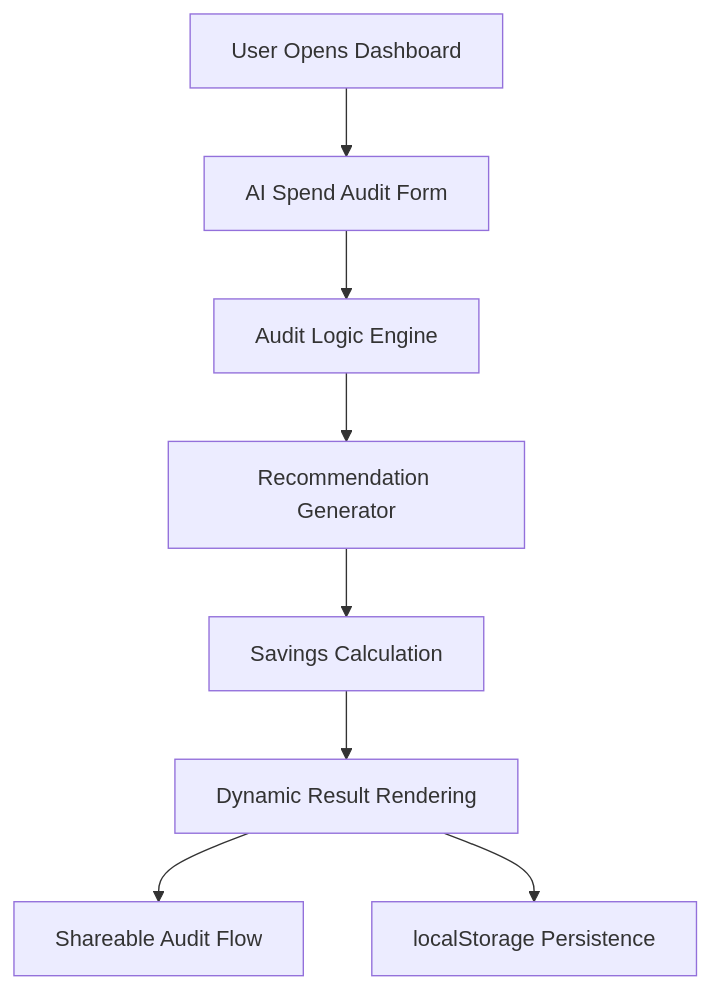
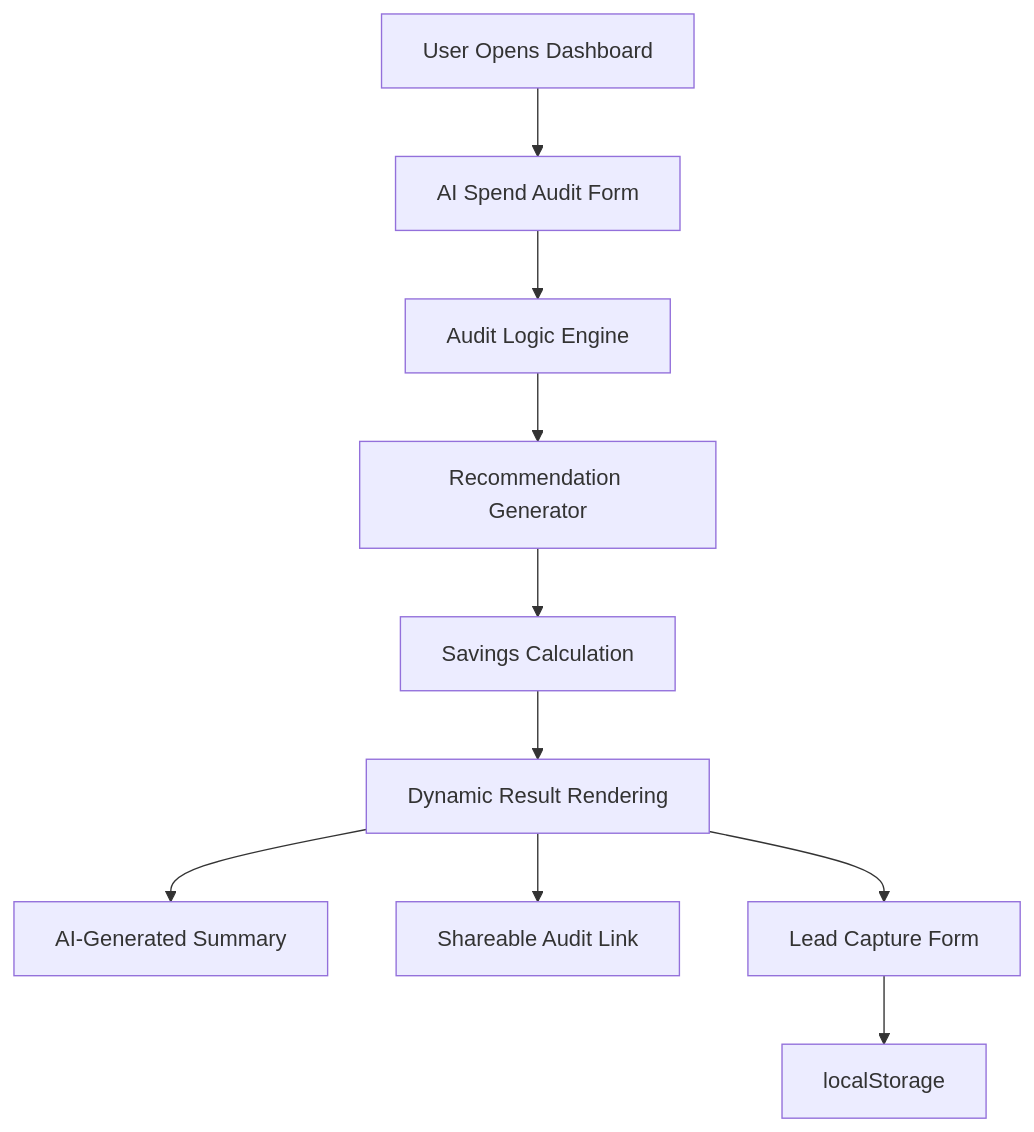
One commit to JabinSultana/ai-spend-dashboard changed the diagram in ARCHITECTURE.md. Above: the diagram before and after it, drawn with Mermaid. The commit also changed other lines of this file, not shown here.

Commit message:
docs(Day 7): update ARCHITECTURE.md with real data flow and scaling plan

````diff
--- a/ARCHITECTURE.md
+++ b/ARCHITECTURE.md
@@ -5,18 +5,12 @@
 ```mermaid
 flowchart TD
-
-A[User Opens Dashboard]
---> B[AI Spend Audit Form]
-
-B --> C[Audit Logic Engine]
-
-C --> D[Recommendation Generator]
-
-D --> E[Savings Calculation]
-
-E --> F[Dynamic Result Rendering]
-
-F --> G[Shareable Audit Flow]
-
-F --> H[localStorage Persistence]
+  A[User Opens Dashboard] --> B[AI Spend Audit Form]
+  B --> C[Audit Logic Engine]
+  C --> D[Recommendation Generator]
+  D --> E[Savings Calculation]
+  E --> F[Dynamic Result Rendering]
+  F --> G[AI-Generated Summary]
+  F --> H[Shareable Audit Link]
+  F --> I[Lead Capture Form]
+  I --> J[localStorage]
 ```
````
